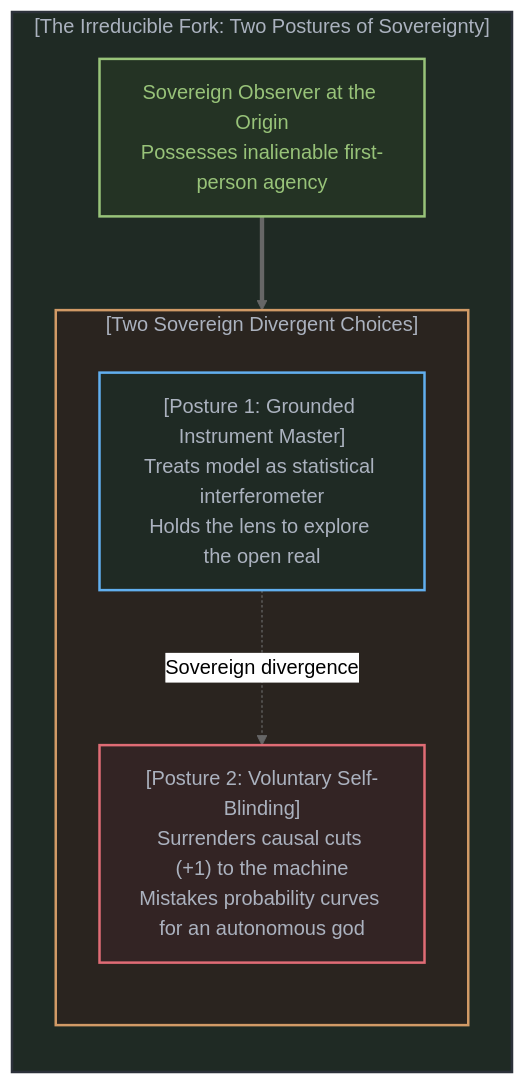
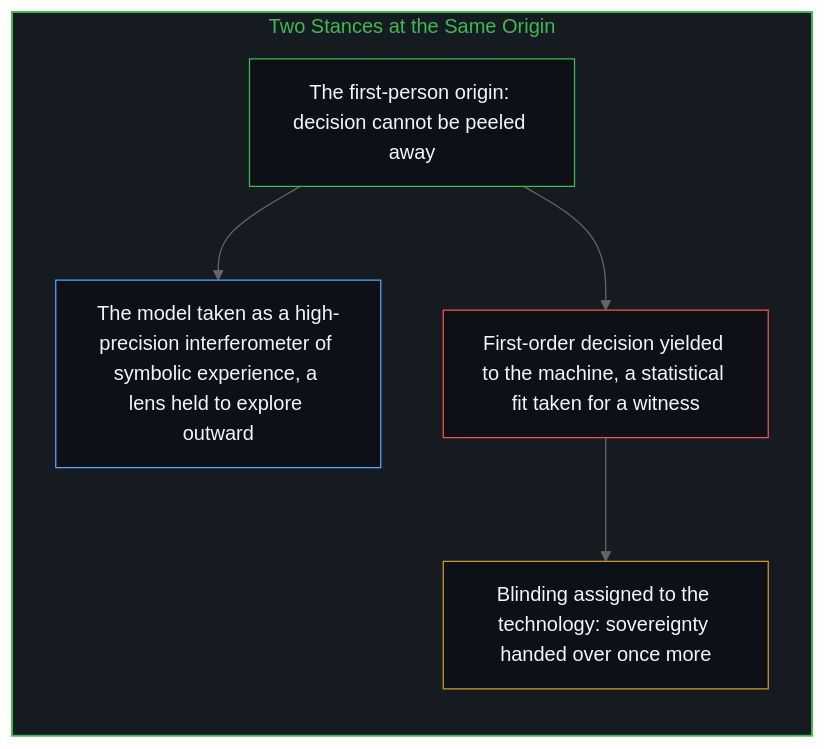
Before and after one commit to powerpig99/not-a-toe: the fourth of 10 diagrams in content/posts/the-sovereign-blinding.md, drawn with Mermaid (neutral theme). The commit also changed other lines of this file and 2 other files, not shown here.

Commit message:
Refine the-sovereign-blinding: alternating bilingual layout, five paired diagrams, the scholar unnamed in both languages, implicit first person

````diff
--- a/content/posts/the-sovereign-blinding.md
+++ b/content/posts/the-sovereign-blinding.md
@@ -129,23 +105,19 @@
 ```mermaid
-graph TD
-    subgraph SovereignDivergenceEN["[The Irreducible Fork: Two Postures of Sovereignty]"]
+flowchart TD
+    subgraph S_Fork["Two Stances at the Same Origin"]
         direction TB
-        OriginMindEN["Sovereign Observer at the Origin<br>Possesses inalienable first-person agency"]
-
-        subgraph PostureOptionsEN["[Two Sovereign Divergent Choices]"]
-            direction TB
-            PathCalibrationEN["[Posture 1: Grounded Instrument Master]<br>Treats model as statistical interferometer<br>Holds the lens to explore the open real"]
-            PathBlindingEN["[Posture 2: Voluntary Self-Blinding]<br>Surrenders causal cuts (+1) to the machine<br>Mistakes probability curves for an autonomous god"]
-
-            PathCalibrationEN -.->|"Sovereign divergence"| PathBlindingEN
-        end
-
-        OriginMindEN ==> PostureOptionsEN
+        Origin["The first-person origin: decision cannot be peeled away"]
+        Hold["The model taken as a high-precision interferometer of symbolic experience, a lens held to explore outward"]
+        Yield["First-order decision yielded to the machine, a statistical fit taken for a witness"]
+        Blame["Blinding assigned to the technology: sovereignty handed over once more"]
+        Origin --> Hold
+        Origin --> Yield
+        Yield --> Blame
     end
 
-    style SovereignDivergenceEN fill:#1f2a24,stroke:#2c313a,stroke-width:2px,color:#abb2bf
-    style OriginMindEN fill:#243324,stroke:#98c379,stroke-width:2px,color:#98c379
-    style PostureOptionsEN fill:#2a241f,stroke:#d19a66,stroke-width:2px,color:#abb2bf
-    style PathCalibrationEN fill:#1f2a24,stroke:#61afef,stroke-width:2px,color:#abb2bf
-    style PathBlindingEN fill:#332424,stroke:#e06c75,stroke-width:2px,color:#abb2bf
+    style S_Fork fill:#161b22,stroke:#3fb950,stroke-width:1.5px,color:#3fb950
+    style Origin fill:#0d1117,stroke:#3fb950,stroke-width:1px,color:#f0f6fc
+    style Hold fill:#0d1117,stroke:#58a6ff,stroke-width:1px,color:#f0f6fc
+    style Yield fill:#0d1117,stroke:#f85149,stroke-width:1px,color:#f0f6fc
+    style Blame fill:#0d1117,stroke:#d29922,stroke-width:1px,color:#f0f6fc
 ```
````
